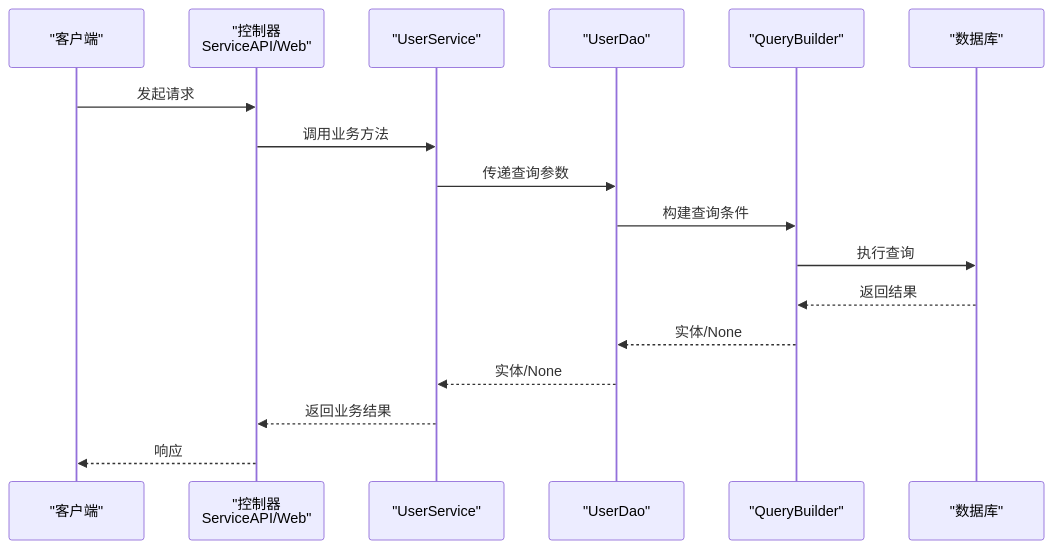
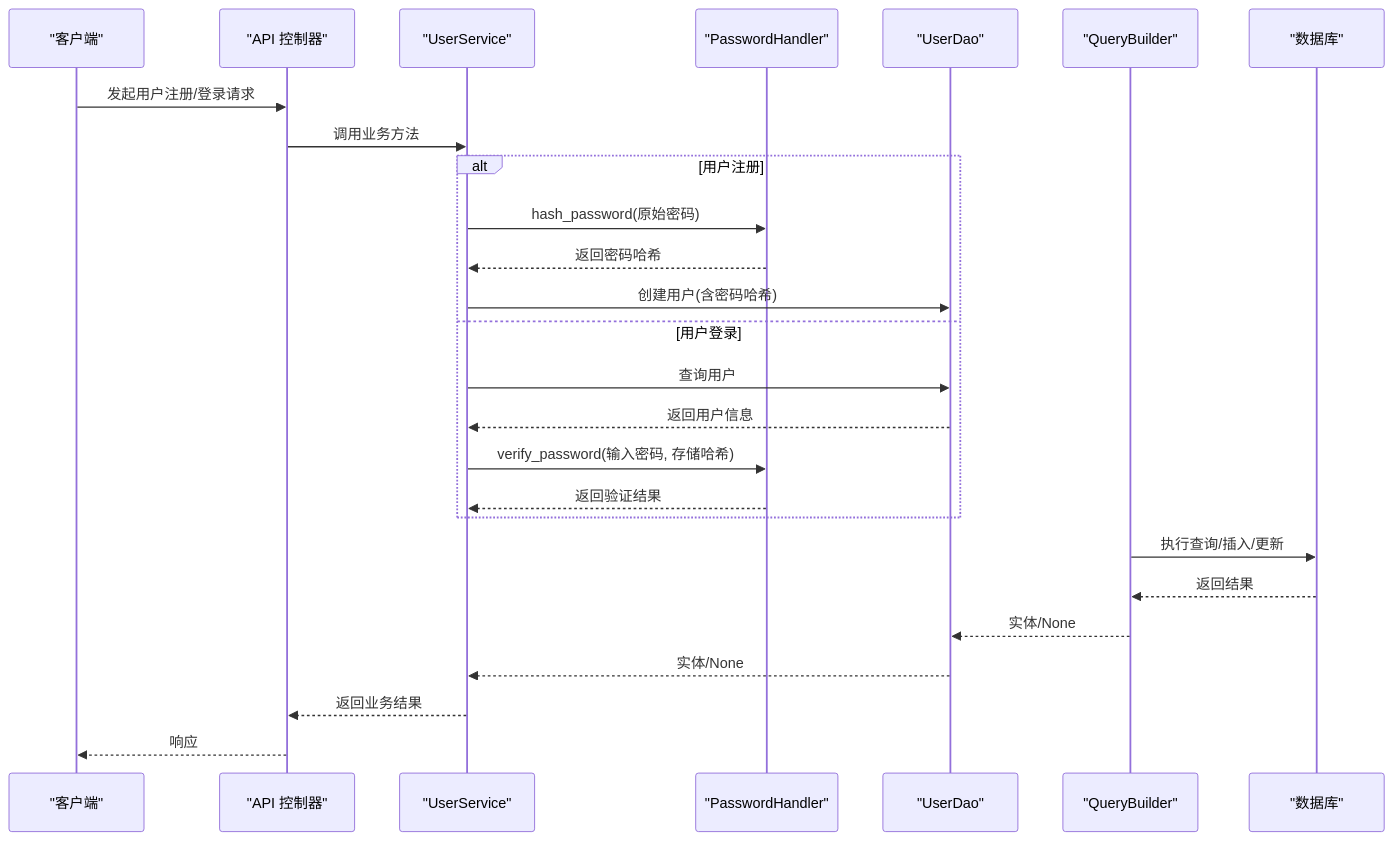
The second of 8 diagrams in .qoder/repowiki/zh/content/数据模型/用户模型.md (lilinzezzzzzz/fastapi-backend), drawn with Mermaid before and after one commit. The commit also changed other lines of this file and 38 other files, not shown here.

````diff
--- a/.qoder/repowiki/zh/content/数据模型/用户模型.md
+++ b/.qoder/repowiki/zh/content/数据模型/用户模型.md
@@ -105,19 +114,28 @@
 ```mermaid
 sequenceDiagram
 participant Client as "客户端"
-participant Ctrl as "控制器<br/>ServiceAPI/Web"
+participant Ctrl as "API 控制器"
 participant Svc as "UserService"
+participant PH as "PasswordHandler"
 participant Dao as "UserDao"
 participant Q as "QueryBuilder"
 participant DB as "数据库"
-Client->>Ctrl : 发起请求
+Client->>Ctrl : 发起用户注册/登录请求
 Ctrl->>Svc : 调用业务方法
-Svc->>Dao : 传递查询参数
-Dao->>Q : 构建查询条件
-Q->>DB : 执行查询
+alt 用户注册
+Svc->>PH : hash_password(原始密码)
+PH-->>Svc : 返回密码哈希
+Svc->>Dao : 创建用户(含密码哈希)
+else 用户登录
+Svc->>Dao : 查询用户
+Dao-->>Svc : 返回用户信息
+Svc->>PH : verify_password(输入密码, 存储哈希)
+PH-->>Svc : 返回验证结果
+end
+Q->>DB : 执行查询/插入/更新
 DB-->>Q : 返回结果
 Q-->>Dao : 实体/None
 Dao-->>Svc : 实体/None
 Svc-->>Ctrl : 返回业务结果
 Ctrl-->>Client : 响应
 ```
````
